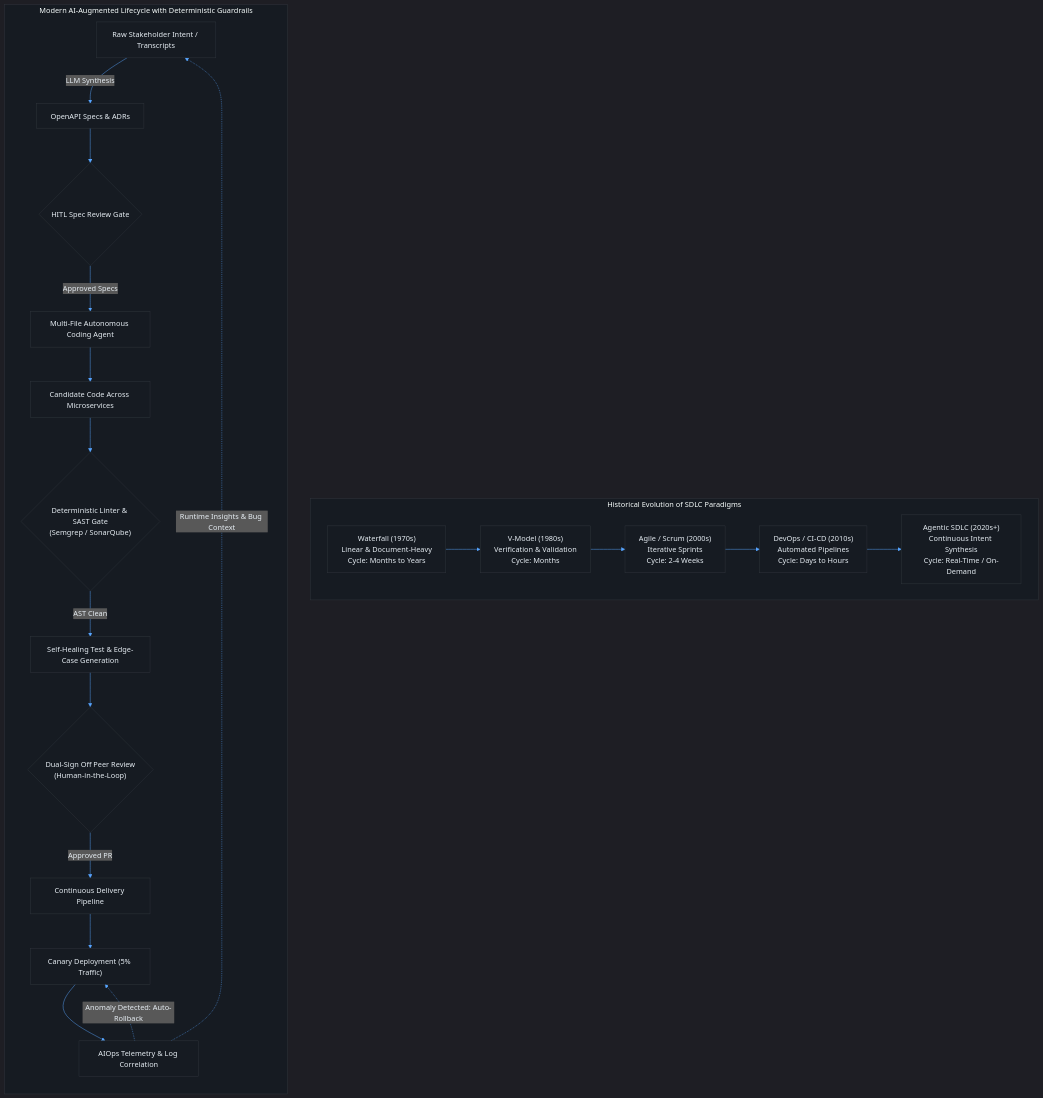
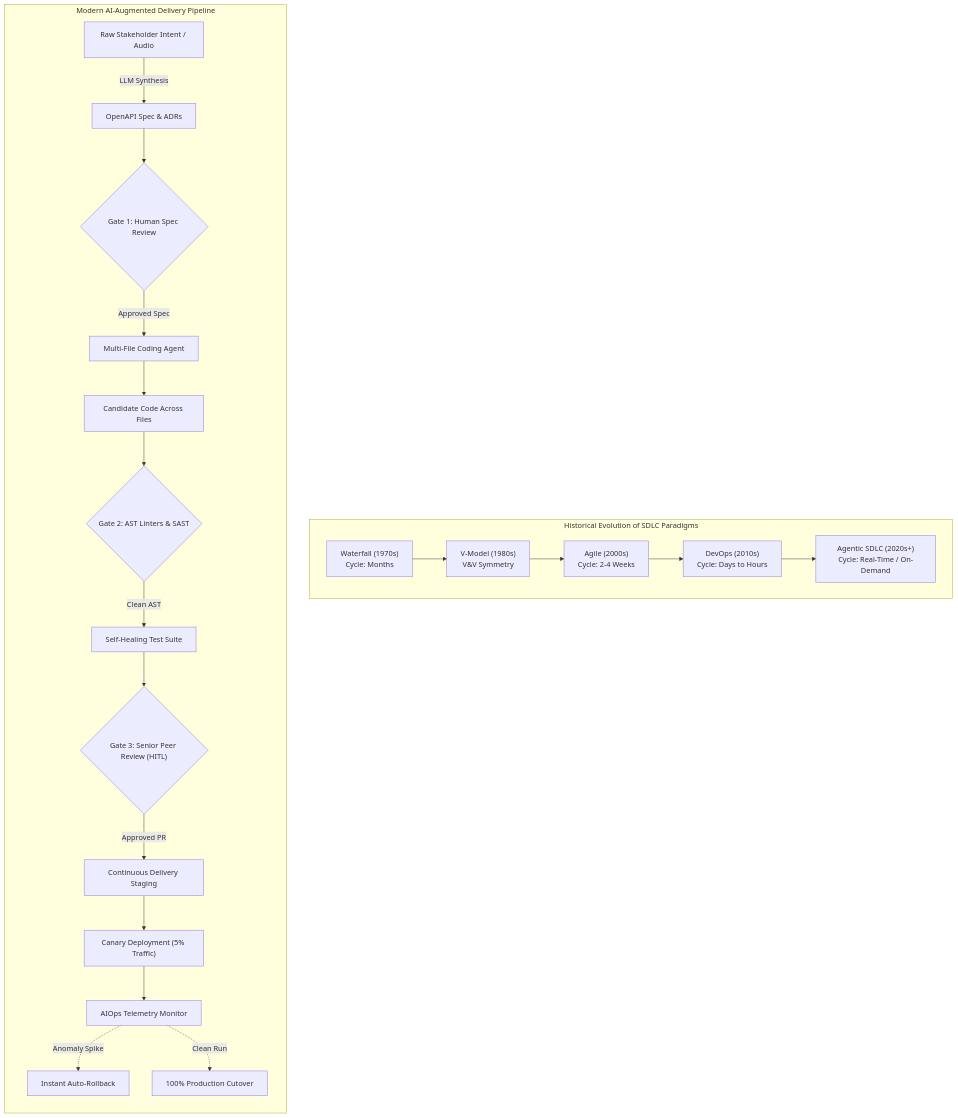
One commit to shreyash2601/bits-notes changed the diagram in AI-Augmented-Software-Development/Lecture 2/Lecture_02_Notes.md. Above: the diagram before and after it, drawn with Mermaid. The commit also changed other lines of this file and 31 other files, not shown here.

````diff
--- a/AI-Augmented-Software-Development/Lecture 2/Lecture_02_Notes.md
+++ b/AI-Augmented-Software-Development/Lecture 2/Lecture_02_Notes.md
@@ -155,32 +118,31 @@
 ```mermaid
-%%{init: {'theme': 'dark', 'themeVariables': { 'darkMode': true, 'background': '#0d1117', 'mainBkg': '#161b22', 'textColor': '#e6edf3', 'lineColor': '#58a6ff', 'errorBkgColor': '#8b0000', 'nodeBorder': '#30363d', 'clusterBkg': '#161b22', 'clusterBorder': '#30363d'}}}%%
 flowchart TD
-    subgraph SDLC_Evolution["Historical Evolution of SDLC Paradigms"]
+    subgraph Evolution["Historical Evolution of SDLC Paradigms"]
         direction LR
-        W["Waterfall (1970s)<br/>Linear & Document-Heavy<br/>Cycle: Months to Years"] --> V["V-Model (1980s)<br/>Verification & Validation<br/>Cycle: Months"]
-        V --> A["Agile / Scrum (2000s)<br/>Iterative Sprints<br/>Cycle: 2-4 Weeks"]
-        A --> D["DevOps / CI-CD (2010s)<br/>Automated Pipelines<br/>Cycle: Days to Hours"]
-        D --> AG["Agentic SDLC (2020s+)<br/>Continuous Intent Synthesis<br/>Cycle: Real-Time / On-Demand"]
+        W["Waterfall (1970s)<br/>Cycle: Months"] --> V["V-Model (1980s)<br/>V&V Symmetry"]
+        V --> A["Agile (2000s)<br/>Cycle: 2-4 Weeks"]
+        A --> D["DevOps (2010s)<br/>Cycle: Days to Hours"]
+        D --> AG["Agentic SDLC (2020s+)<br/>Cycle: Real-Time / On-Demand"]
     end
 
-    subgraph Modern_Agentic_Pipeline["Modern AI-Augmented Lifecycle with Deterministic Guardrails"]
+    subgraph ModernPipeline["Modern AI-Augmented Delivery Pipeline"]
         direction TB
-        RawIntent["Raw Stakeholder Intent / Transcripts"] -->|"LLM Synthesis"| Spec["OpenAPI Specs & ADRs"]
-        Spec --> Gate1{"HITL Spec Review Gate"}
+        Intent["Raw Stakeholder Intent / Audio"] -->|"LLM Synthesis"| Spec["OpenAPI Spec & ADRs"]
+        Spec --> Gate1{"Gate 1: Human Spec Review"}
         
-        Gate1 -->|"Approved Specs"| MultiAgent["Multi-File Autonomous Coding Agent"]
-        MultiAgent --> CodeGen["Candidate Code Across Microservices"]
+        Gate1 -->|"Approved Spec"| Agent["Multi-File Coding Agent"]
+        Agent --> CodeGen["Candidate Code Across Files"]
         
-        CodeGen --> LinterSAST{"Deterministic Linter & SAST Gate<br/>(Semgrep / SonarQube)"}
-        LinterSAST -->|"AST Clean"| SelfHealingTest["Self-Healing Test & Edge-Case Generation"]
+        CodeGen --> Gate2{"Gate 2: AST Linters & SAST"}
+        Gate2 -->|"Clean AST"| SelfHeal["Self-Healing Test Suite"]
         
-        SelfHealingTest --> Gate2{"Dual-Sign Off Peer Review<br/>(Human-in-the-Loop)"}
-        Gate2 -->|"Approved PR"| CI_CD["Continuous Delivery Pipeline"]
+        SelfHeal --> Gate3{"Gate 3: Senior Peer Review (HITL)"}
+        Gate3 -->|"Approved PR"| CD["Continuous Delivery Staging"]
         
-        CI_CD --> Canary["Canary Deployment (5% Traffic)"]
-        Canary --> AIOps["AIOps Telemetry & Log Correlation"]
+        CD --> Canary["Canary Deployment (5% Traffic)"]
+        Canary --> AIOps["AIOps Telemetry Monitor"]
         
-        AIOps -.->|"Anomaly Detected: Auto-Rollback"| Canary
-        AIOps -.->|"Runtime Insights & Bug Context"| RawIntent
+        AIOps -.->|"Anomaly Spike"| Rollback["Instant Auto-Rollback"]
+        AIOps -.->|"Clean Run"| FullProd["100% Production Cutover"]
     end
 ```
````
